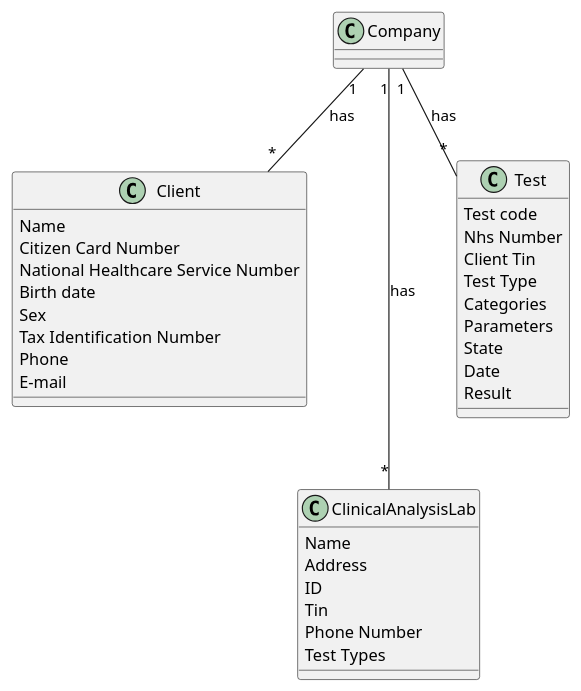
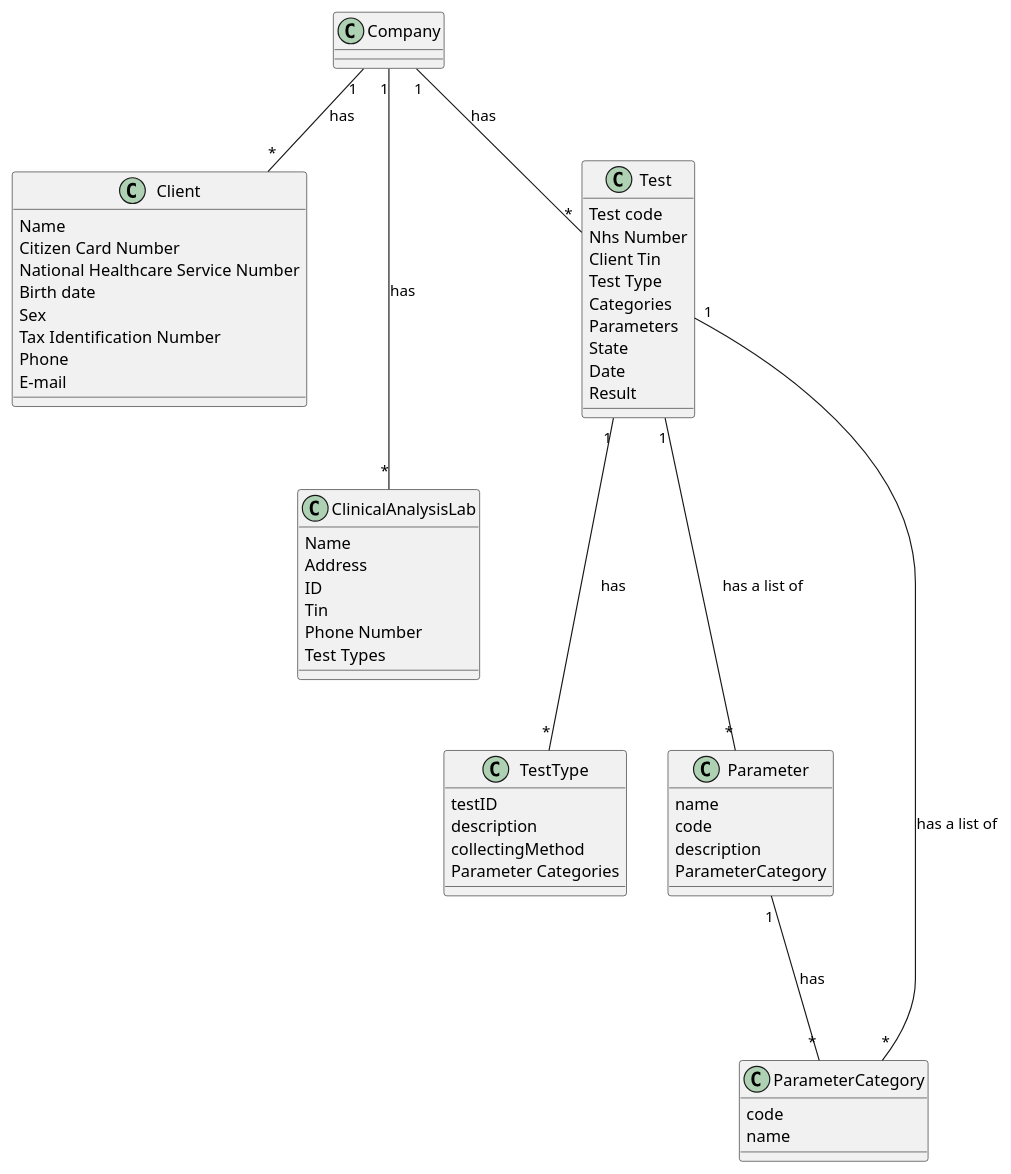
The diagram in docs/SprintD/US17/US17_MD.puml (MarianaCLages/LAPR2), drawn with PlantUML before and after one commit. The commit also changed 8 other files, not shown here.

```diff
--- a/docs/SprintD/US17/US17_MD.puml
+++ b/docs/SprintD/US17/US17_MD.puml
@@ -1,46 +1,68 @@
 @startuml
 
 class Company{
 }
 
 class Client{
 Name
 Citizen Card Number
 National Healthcare Service Number
 Birth date
 Sex
 Tax Identification Number
 Phone
 E-mail
 }
 
 class ClinicalAnalysisLab{
 Name
 Address
 ID
 Tin
 Phone Number
 Test Types
 }
 
 class Test{
 Test code
 Nhs Number
 Client Tin
 Test Type
 Categories
 Parameters
 State
 Date
 Result
 }
+class TestType{
+testID
+description
+collectingMethod
+Parameter Categories
+}
+class Parameter{
+name
+code
+description
+ParameterCategory
+}
+
+class ParameterCategory{
+code
+name
+}
+
 
 
 
 Company "1" -- "*" Test : has
 Company "1"--"*" Client : has
 Company "1"---"*" ClinicalAnalysisLab : has
+Test "1"---"*" TestType: has
+Test "1"---"*" Parameter: has a list of
+Test "1"---"*" ParameterCategory: has a list of
+Parameter "1"---"*" ParameterCategory: has
 
 
 
 @enduml
```
